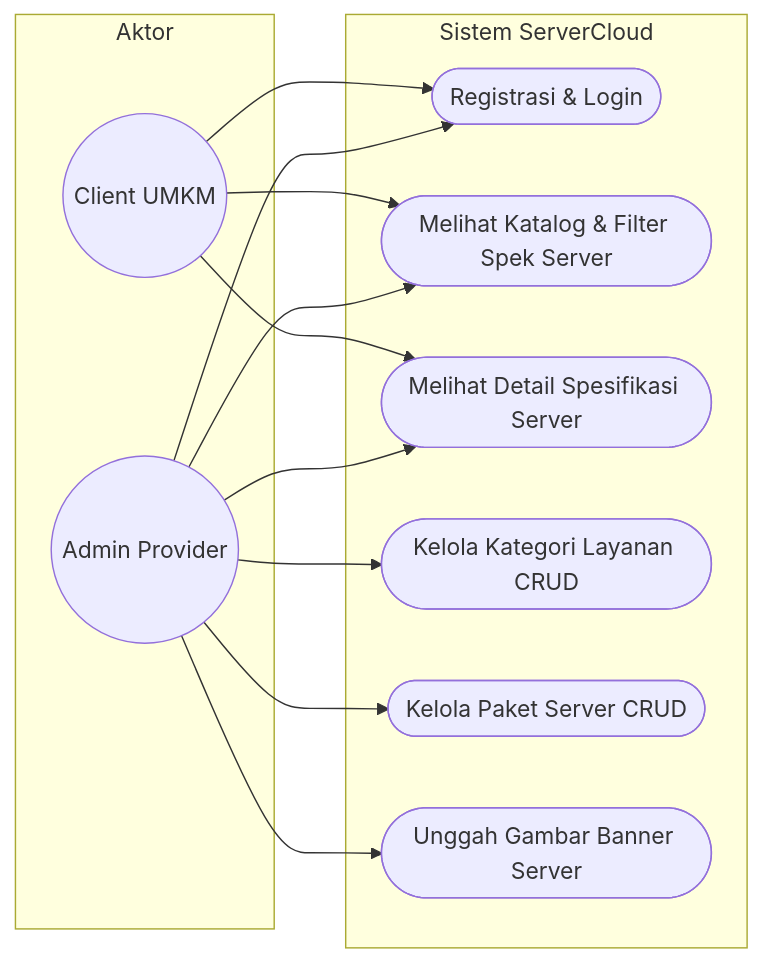
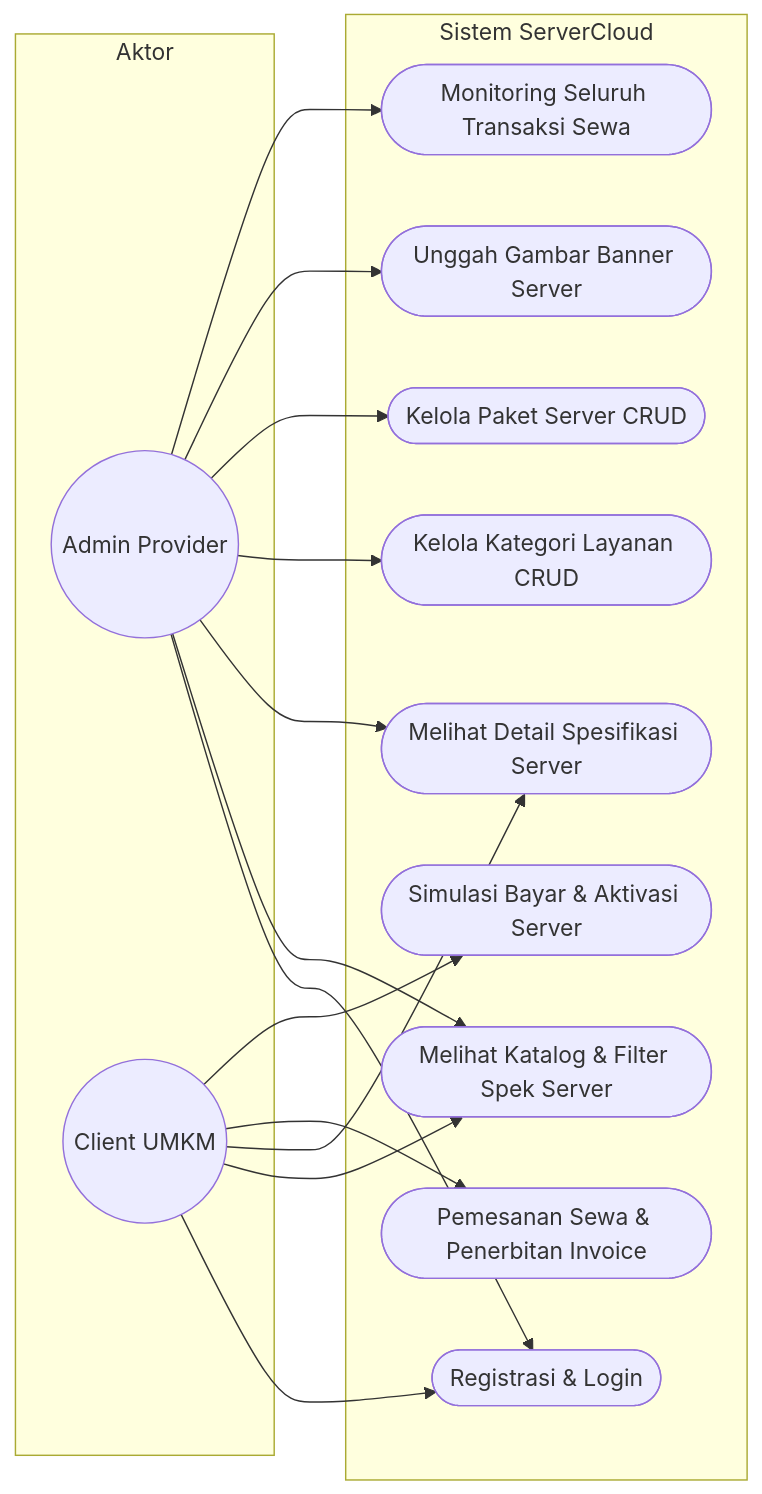
One commit to rafiarrasyid123/Tugas-as-umkm-vps-cloud changed the first of 4 diagrams in docs/SRS_ServerCloud.md. Above: the diagram before and after it, drawn with Mermaid. The commit also changed other lines of this file and 7 other files, not shown here.

````diff
--- a/docs/SRS_ServerCloud.md
+++ b/docs/SRS_ServerCloud.md
@@ -145,27 +151,33 @@
 ```mermaid
 flowchart LR
     subgraph Aktor
         Admin((Admin Provider))
         Client((Client UMKM))
     end
 
     subgraph "Sistem ServerCloud"
         UC1([Registrasi & Login])
         UC2([Melihat Katalog & Filter Spek Server])
         UC3([Melihat Detail Spesifikasi Server])
         UC4([Kelola Kategori Layanan CRUD])
         UC5([Kelola Paket Server CRUD])
         UC6([Unggah Gambar Banner Server])
+        UC7([Pemesanan Sewa & Penerbitan Invoice])
+        UC8([Simulasi Bayar & Aktivasi Server])
+        UC9([Monitoring Seluruh Transaksi Sewa])
     end
 
     Client --> UC1
     Client --> UC2
     Client --> UC3
+    Client --> UC7
+    Client --> UC8
 
     Admin --> UC1
     Admin --> UC2
     Admin --> UC3
     Admin --> UC4
     Admin --> UC5
     Admin --> UC6
+    Admin --> UC9
 ```
````
